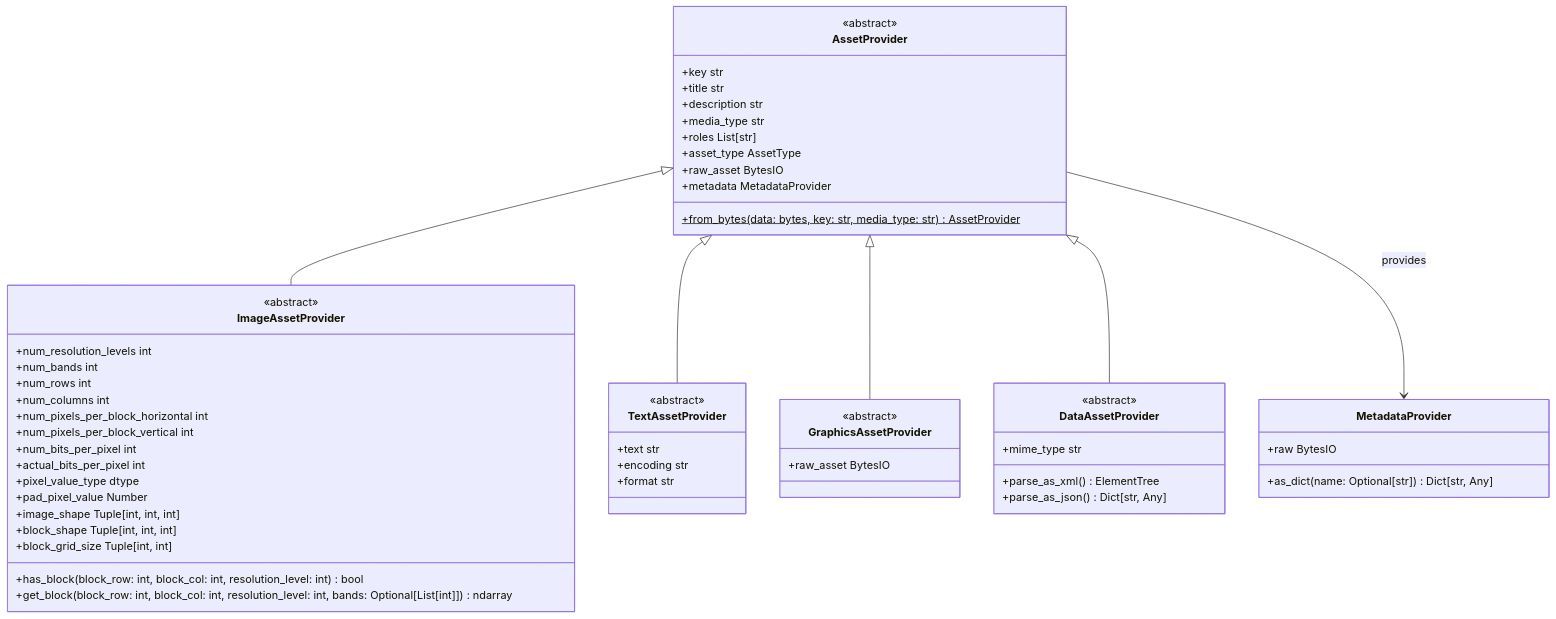
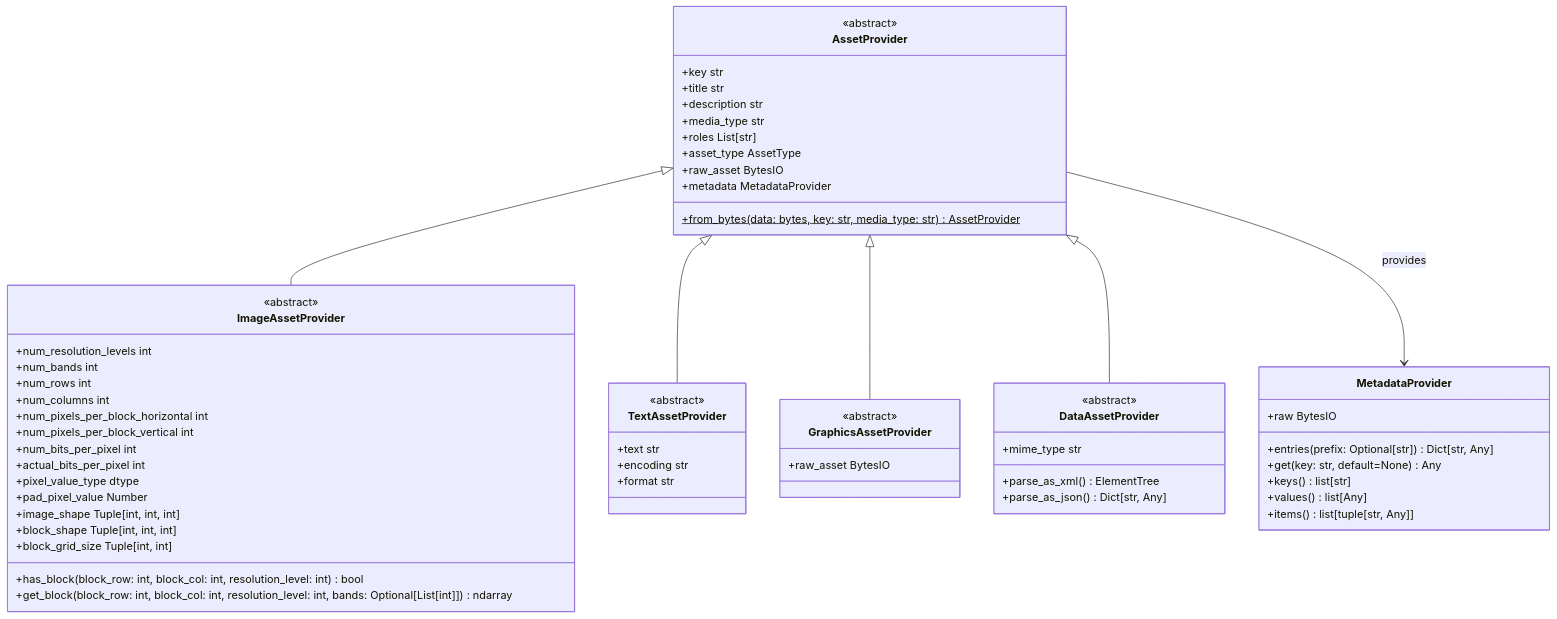
One commit to awslabs/osml-imagery-io changed the second of 9 diagrams in docs/design/api-design.md. Above: the diagram before and after it, drawn with Mermaid. The commit also changed other lines of this file and 77 other files, not shown here.

Commit message:
feat!: replace metadata set/get/as_dict with Mapping protocol

````diff
--- a/docs/design/api-design.md
+++ b/docs/design/api-design.md
@@ -58,66 +58,70 @@
 ```mermaid
 classDiagram
 direction TB
     class AssetProvider {
         <<abstract>>
         +key str
         +title str
         +description str
         +media_type str
         +roles List[str]
         +asset_type AssetType
         +raw_asset BytesIO
         +metadata MetadataProvider
         +from_bytes(data: bytes, key: str, media_type: str)$ AssetProvider
     }
 
     class MetadataProvider {
         +raw BytesIO
-	    +as_dict(name: Optional[str]) Dict[str, Any]
+	    +entries(prefix: Optional[str]) Dict[str, Any]
+	    +get(key: str, default=None) Any
+	    +keys() list[str]
+	    +values() list[Any]
+	    +items() list[tuple[str, Any]]
     }
 
     class ImageAssetProvider {
         <<abstract>>
         +has_block(block_row: int, block_col: int, resolution_level: int) bool
         +get_block(block_row: int, block_col: int, resolution_level: int, bands: Optional[List[int]]) ndarray
         +num_resolution_levels int
         +num_bands int
         +num_rows int
         +num_columns int
         +num_pixels_per_block_horizontal int
         +num_pixels_per_block_vertical int
         +num_bits_per_pixel int
         +actual_bits_per_pixel int
         +pixel_value_type dtype
         +pad_pixel_value Number
         +image_shape Tuple[int, int, int]
         +block_shape Tuple[int, int, int]
         +block_grid_size Tuple[int, int]
     }
 
     class TextAssetProvider {
         <<abstract>>
         +text str
         +encoding str
         +format str
     }
 
     class DataAssetProvider {
         <<abstract>>
         +mime_type str
         +parse_as_xml() ElementTree
         +parse_as_json() Dict[str, Any]
     }
 
     class GraphicsAssetProvider {
         <<abstract>>
         +raw_asset BytesIO
     }
 
     AssetProvider <|-- ImageAssetProvider
     AssetProvider <|-- TextAssetProvider
     AssetProvider <|-- GraphicsAssetProvider
     AssetProvider <|-- DataAssetProvider
     AssetProvider --> MetadataProvider : provides
 
 ```
````
